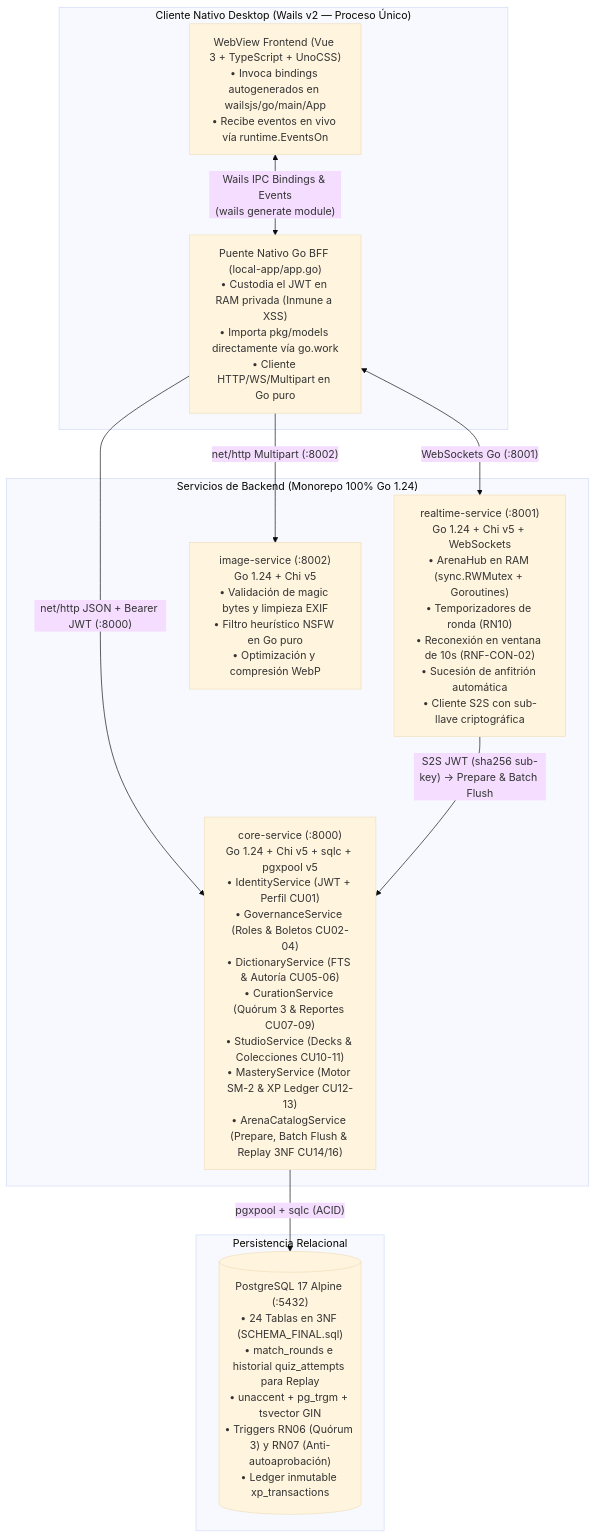
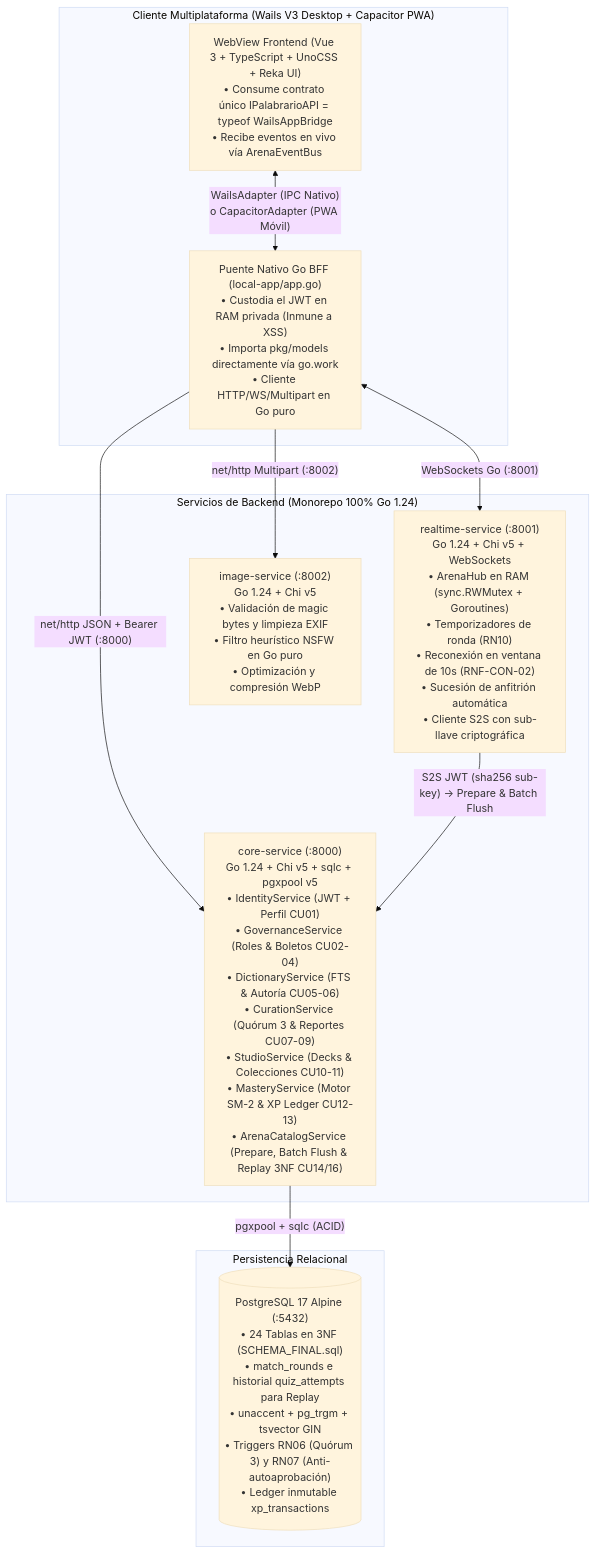
The diagram in .context/CONTEXT.md (OGShawnLee/palabrario), drawn with Mermaid (base theme) before and after one commit. The commit also changed other lines of this file and 82 other files, not shown here.

````diff
--- a/.context/CONTEXT.md
+++ b/.context/CONTEXT.md
@@ -45,25 +46,25 @@
 ```mermaid
 flowchart TD
-    subgraph Desktop["Cliente Nativo Desktop (Wails v2 — Proceso Único)"]
-        VueUI["WebView Frontend (Vue 3 + TypeScript + UnoCSS)\n• Invoca bindings autogenerados en wailsjs/go/main/App\n• Recibe eventos en vivo vía runtime.EventsOn"]
+    subgraph Desktop["Cliente Multiplataforma (Wails V3 Desktop + Capacitor PWA)"]
+        VueUI["WebView Frontend (Vue 3 + TypeScript + UnoCSS + Reka UI)\n• Consume contrato único IPalabrarioAPI = typeof WailsAppBridge\n• Recibe eventos en vivo vía ArenaEventBus"]
         WailsGo["Puente Nativo Go BFF (local-app/app.go)\n• Custodia el JWT en RAM privada (Inmune a XSS)\n• Importa pkg/models directamente vía go.work\n• Cliente HTTP/WS/Multipart en Go puro"]
-        VueUI <-->|"Wails IPC Bindings & Events\n(wails generate module)"| WailsGo
+        VueUI <-->|"WailsAdapter (IPC Nativo)\no CapacitorAdapter (PWA Móvil)"| WailsGo
     end
 
     subgraph BackendGo["Servicios de Backend (Monorepo 100% Go 1.24)"]
         Core["core-service (:8000)\nGo 1.24 + Chi v5 + sqlc + pgxpool v5\n• IdentityService (JWT + Perfil CU01)\n• GovernanceService (Roles & Boletos CU02-04)\n• DictionaryService (FTS & Autoría CU05-06)\n• CurationService (Quórum 3 & Reportes CU07-09)\n• StudioService (Decks & Colecciones CU10-11)\n• MasteryService (Motor SM-2 & XP Ledger CU12-13)\n• ArenaCatalogService (Prepare, Batch Flush & Replay 3NF CU14/16)"]
         Realtime["realtime-service (:8001)\nGo 1.24 + Chi v5 + WebSockets\n• ArenaHub en RAM (sync.RWMutex + Goroutines)\n• Temporizadores de ronda (RN10)\n• Reconexión en ventana de 10s (RNF-CON-02)\n• Sucesión de anfitrión automática\n• Cliente S2S con sub-llave criptográfica"]
         ImageSvc["image-service (:8002)\nGo 1.24 + Chi v5\n• Validación de magic bytes y limpieza EXIF\n• Filtro heurístico NSFW en Go puro\n• Optimización y compresión WebP"]
     end
 
     subgraph Datos["Persistencia Relacional"]
         Postgres[("PostgreSQL 17 Alpine (:5432)\n• 24 Tablas en 3NF (SCHEMA_FINAL.sql)\n• match_rounds e historial quiz_attempts para Replay\n• unaccent + pg_trgm + tsvector GIN\n• Triggers RN06 (Quórum 3) y RN07 (Anti-autoaprobación)\n• Ledger inmutable xp_transactions")]
     end
 
     WailsGo -->|"net/http JSON + Bearer JWT (:8000)"| Core
     WailsGo <-->|"WebSockets Go (:8001)"| Realtime
     WailsGo -->|"net/http Multipart (:8002)"| ImageSvc
 
     Core -->|"pgxpool + sqlc (ACID)"| Postgres
     Realtime -->|"S2S JWT (sha256 sub-key) -> Prepare & Batch Flush"| Core
 ```
````
